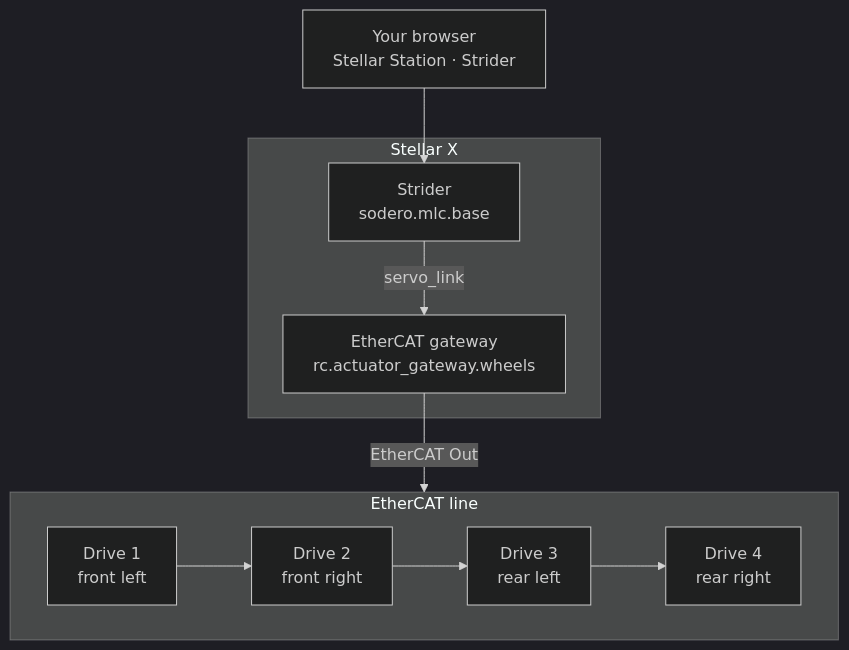
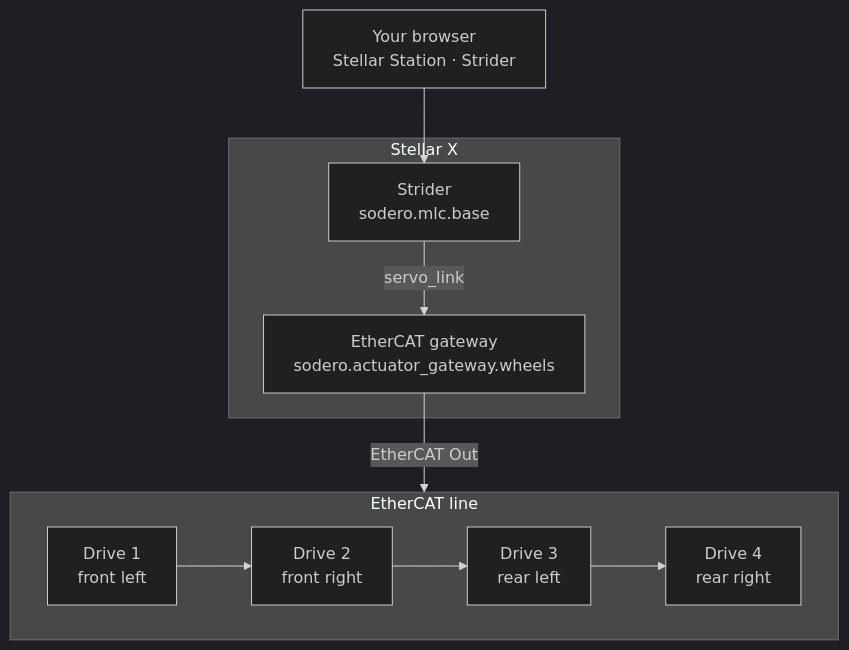
One commit to Sodero-labs/docs changed the diagram in stellar-x/docs/tutorials/ethercat_mobile_base/index.md. Above: the diagram before and after it, drawn with Mermaid (dark theme). The commit also changed other lines of this file and 16 other files, not shown here.

````diff
--- a/stellar-x/docs/tutorials/ethercat_mobile_base/index.md
+++ b/stellar-x/docs/tutorials/ethercat_mobile_base/index.md
@@ -11,13 +15,13 @@
 ```mermaid
 flowchart TB
     B["Your browser<br>Stellar Station · Strider"]
     subgraph SX ["Stellar X"]
-        S["Strider<br>sodero.mlc.base"] -- servo_link --> G["EtherCAT gateway<br>rc.actuator_gateway.wheels"]
+        S["Strider<br>sodero.mlc.base"] -- servo_link --> G["EtherCAT gateway<br>sodero.actuator_gateway.wheels"]
     end
     subgraph EC ["EtherCAT line"]
         direction LR
         D1["Drive 1<br>front left"] --> D2["Drive 2<br>front right"] --> D3["Drive 3<br>rear left"] --> D4["Drive 4<br>rear right"]
     end
     B --> S
     G -- "EtherCAT Out" --> EC
 ```
````
